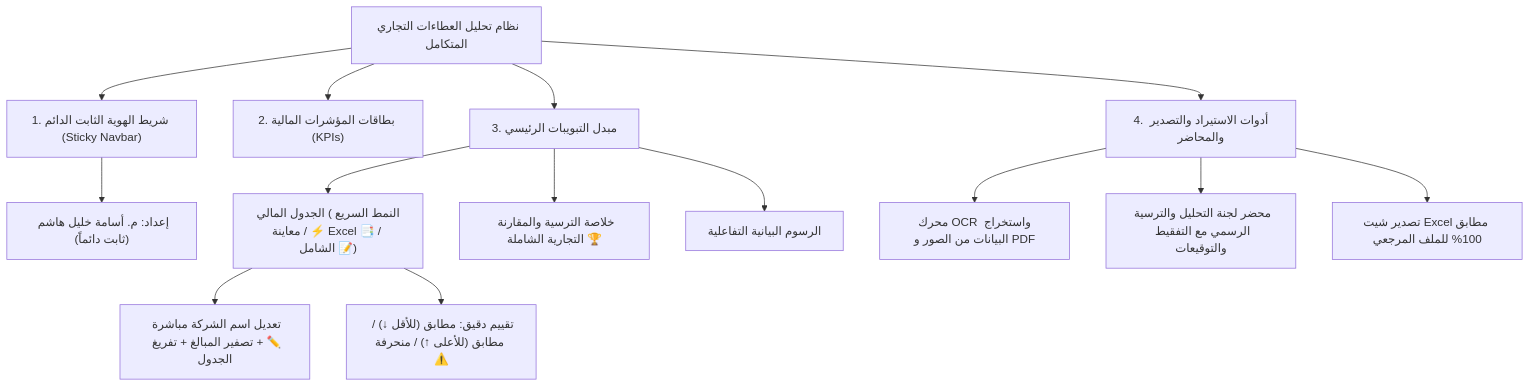
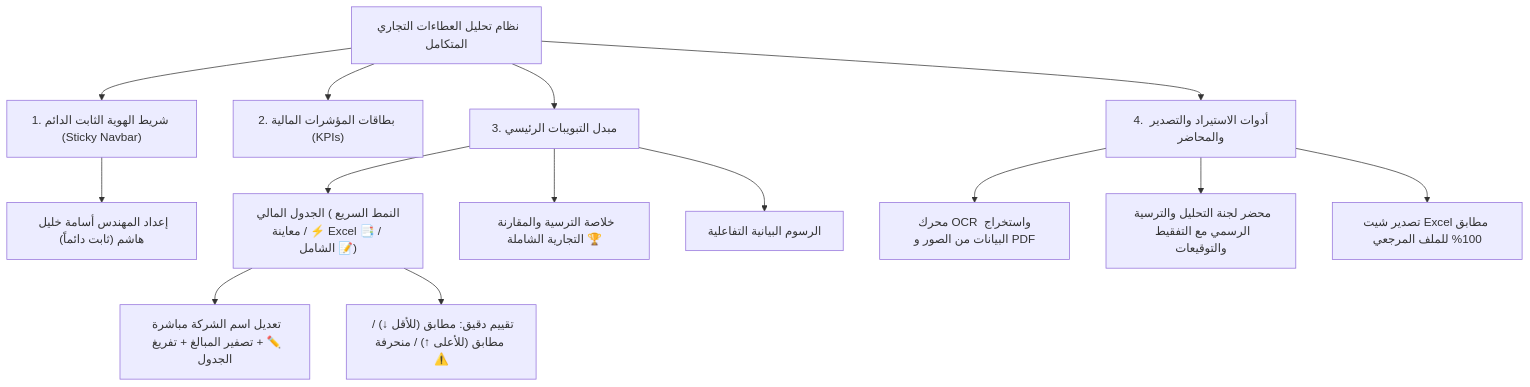
Before and after one commit to Usama-Kh75/tender-analysis-system: the diagram in README.md, drawn with Mermaid. The commit also changed other lines of this file and 6 other files, not shown here.

Commit message:
v1.15.6: التوقيع «إعداد المهندس أسامة خليل هاشم» في الواجهة وبيانات الملف، ويُحذف من المحضر

````diff
--- a/README.md
+++ b/README.md
@@ -23,20 +23,20 @@
 ```mermaid
 graph TD
     Root["نظام تحليل العطاءات التجاري المتكامل"] --> Nav["1. شريط الهوية الثابت الدائم (Sticky Navbar)"]
     Root --> KPI["2. بطاقات المؤشرات المالية (KPIs)"]
     Root --> Tabs["3. مبدل التبويبات الرئيسي"]
     Root --> Actions["4. أدوات الاستيراد والتصدير والمحاضر"]
 
-    Nav --> Branding["إعداد: م. أسامة خليل هاشم (ثابت دائماً)"]
+    Nav --> Branding["إعداد المهندس أسامة خليل هاشم (ثابت دائماً)"]
     
     Tabs --> Tab1["الجدول المالي (النمط السريع ⚡ / معاينة Excel 📑 / الشامل 📝)"]
     Tabs --> Tab2["خلاصة الترسية والمقارنة التجارية الشاملة 🏆"]
     Tabs --> Tab3["الرسوم البيانية التفاعلية"]
 
     Tab1 --> Entry["تعديل اسم الشركة مباشرة ✏️ + تصفير المبالغ + تفريغ الجدول"]
     Tab1 --> Badges["تقييم دقيق: مطابق (للأقل ↓) / مطابق (للأعلى ↑) / منحرفة ⚠️"]
 
     Actions --> OCR["محرك OCR واستخراج البيانات من الصور و PDF"]
     Actions --> Print["محضر لجنة التحليل والترسية الرسمي مع التفقيط والتوقيعات"]
     Actions --> Excel["تصدير شيت Excel مطابق 100% للملف المرجعي"]
 ```
````
